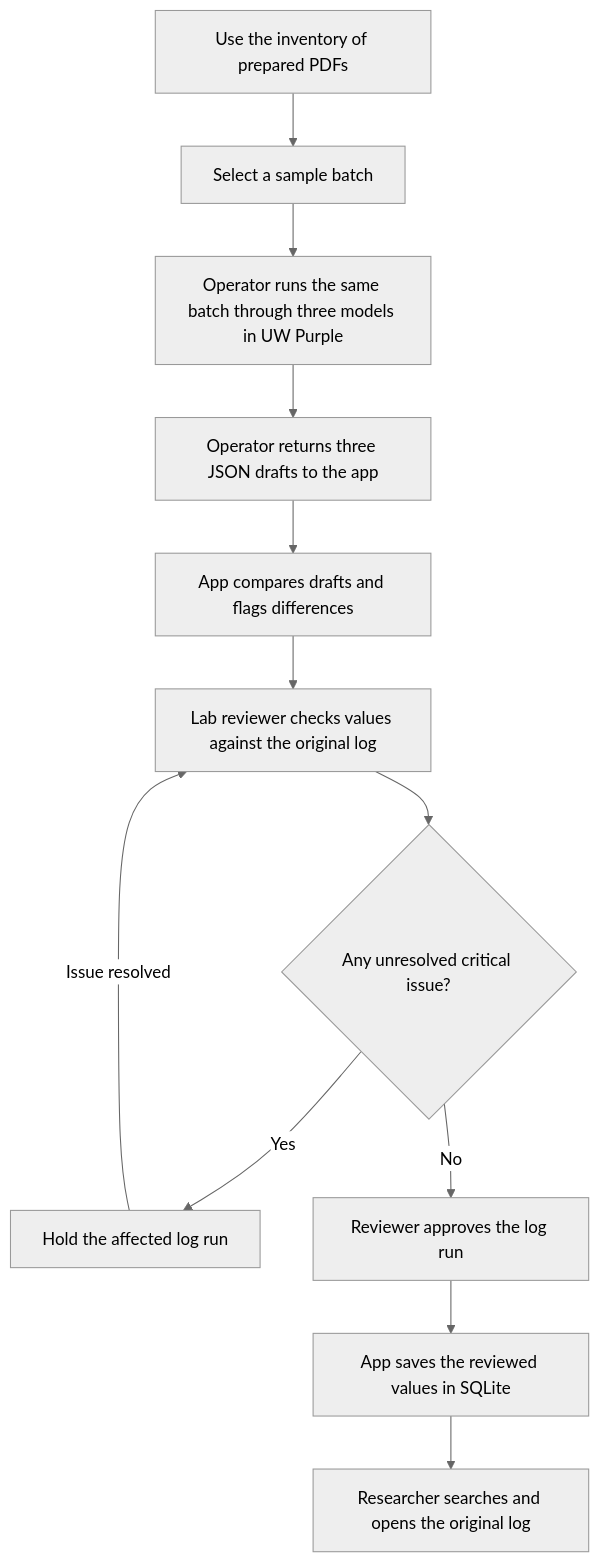
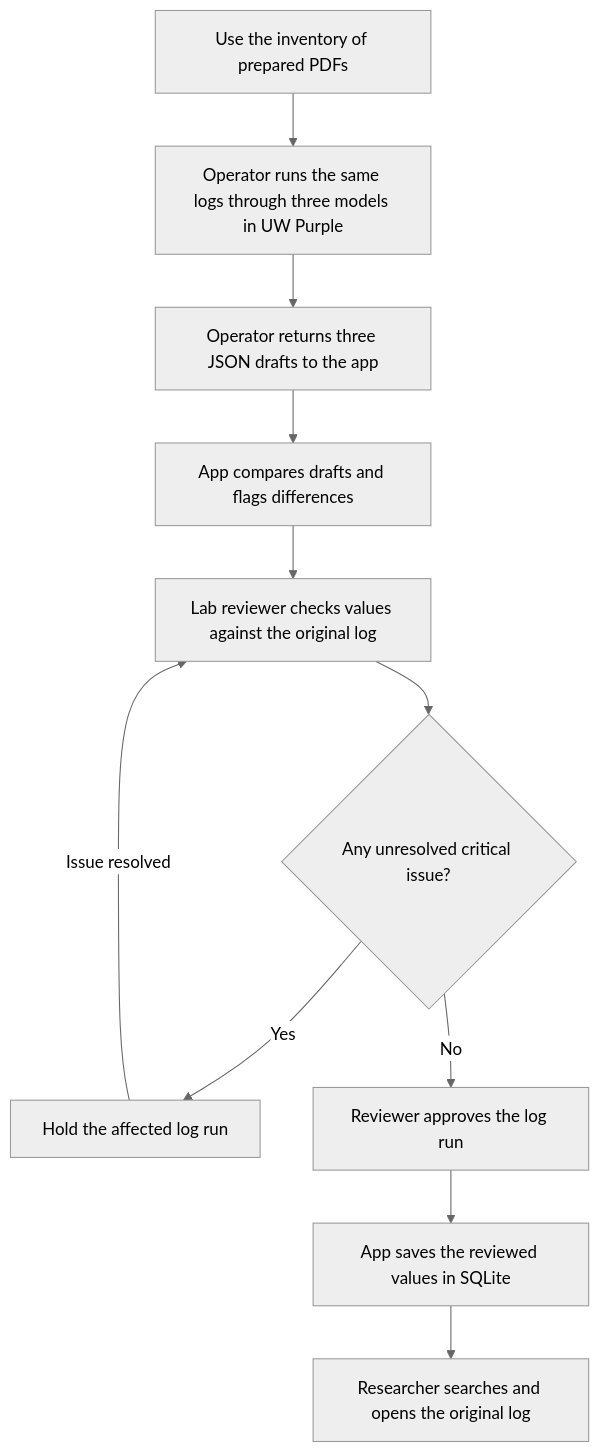
One commit to irisyjchang/quantum-materials-ai-archive changed the diagram in docs/design-document.md. Above: the diagram before and after it, drawn with Mermaid (neutral theme). The commit also changed other lines of this file, not shown here.

````diff
--- a/docs/design-document.md
+++ b/docs/design-document.md
@@ -36,14 +36,13 @@
 ```mermaid
 flowchart TD
-    A[Use the inventory of prepared PDFs] --> B[Select a sample batch]
-    B --> D[Operator runs the same batch through three models in UW Purple]
+    A[Use the inventory of prepared PDFs] --> D[Operator runs the same logs through three models in UW Purple]
     D --> E[Operator returns three JSON drafts to the app]
     E --> F[App compares drafts and flags differences]
     F --> G[Lab reviewer checks values against the original log]
     G --> H{Any unresolved critical issue?}
     H -->|Yes| I[Hold the affected log run]
     I -->|Issue resolved| G
     H -->|No| J[Reviewer approves the log run]
     J --> K[App saves the reviewed values in SQLite]
     K --> L[Researcher searches and opens the original log]
 ```
````
